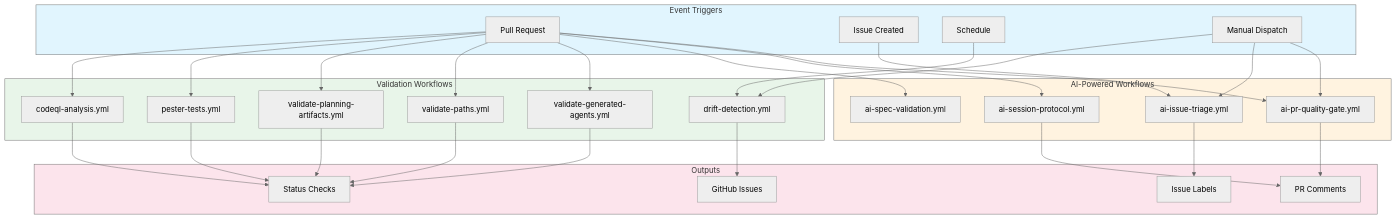
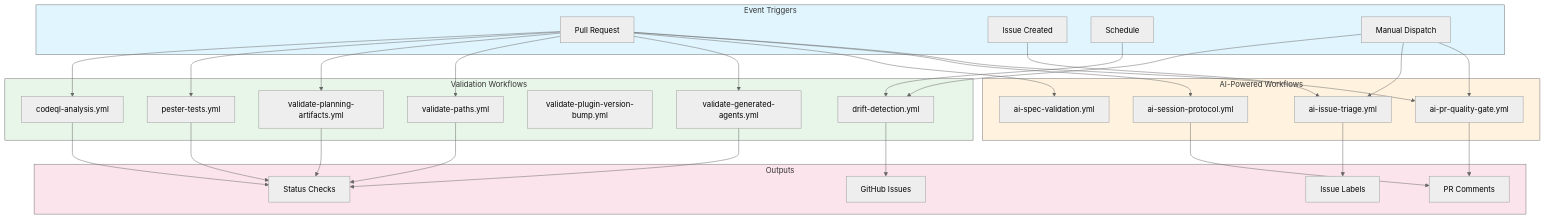
The first of 7 diagrams in .github/AGENTS.md (rjmurillo/ai-agents), drawn with Mermaid (neutral theme) before and after one commit. The commit also changed other lines of this file and 2 other files, not shown here.

First line of the commit message:
docs(agents): document plugin version-bump gate + bump project-toolkit

````diff
--- a/.github/AGENTS.md
+++ b/.github/AGENTS.md
@@ -11,64 +11,65 @@
 ```mermaid
 flowchart TD
     subgraph Triggers["Event Triggers"]
         PR[Pull Request]
         ISS[Issue Created]
         SCH[Schedule]
         MAN[Manual Dispatch]
     end
 
     subgraph AIWorkflows["AI-Powered Workflows"]
         QG[ai-pr-quality-gate.yml]
         IT[ai-issue-triage.yml]
         SP[ai-session-protocol.yml]
         SV[ai-spec-validation.yml]
     end
 
     subgraph ValidationWorkflows["Validation Workflows"]
         DD[drift-detection.yml]
         VG[validate-generated-agents.yml]
         VP[validate-paths.yml]
         VPA[validate-planning-artifacts.yml]
+        VPV[validate-plugin-version-bump.yml]
         PT[pester-tests.yml]
         CQ[codeql-analysis.yml]
     end
 
     subgraph Outputs["Outputs"]
         CMT[PR Comments]
         LBL[Issue Labels]
         ISS2[GitHub Issues]
         CHK[Status Checks]
     end
 
     PR --> QG
     PR --> SP
     PR --> SV
     PR --> VG
     PR --> VP
     PR --> VPA
     PR --> PT
     PR --> CQ
 
     ISS --> IT
 
     SCH --> DD
 
     MAN --> QG
     MAN --> IT
     MAN --> DD
 
     QG --> CMT
     IT --> LBL
     SP --> CMT
     DD --> ISS2
     VG --> CHK
     VP --> CHK
     VPA --> CHK
     PT --> CHK
     CQ --> CHK
 
     style Triggers fill:#e1f5fe
     style AIWorkflows fill:#fff3e0
     style ValidationWorkflows fill:#e8f5e9
     style Outputs fill:#fce4ec
 ```
````
